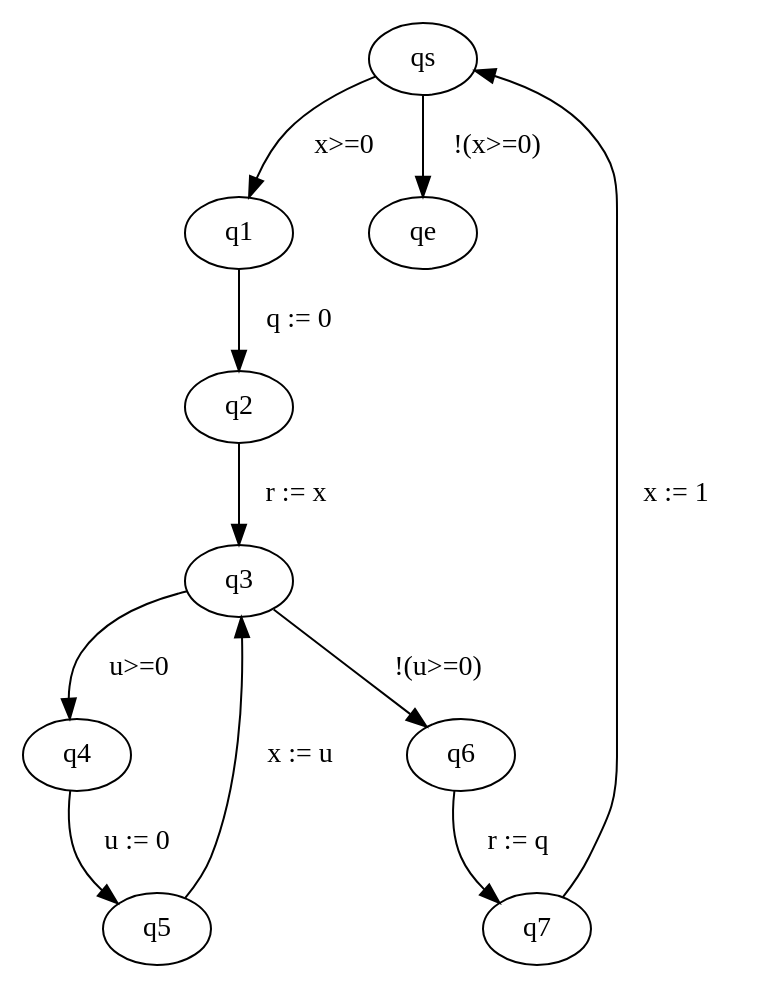
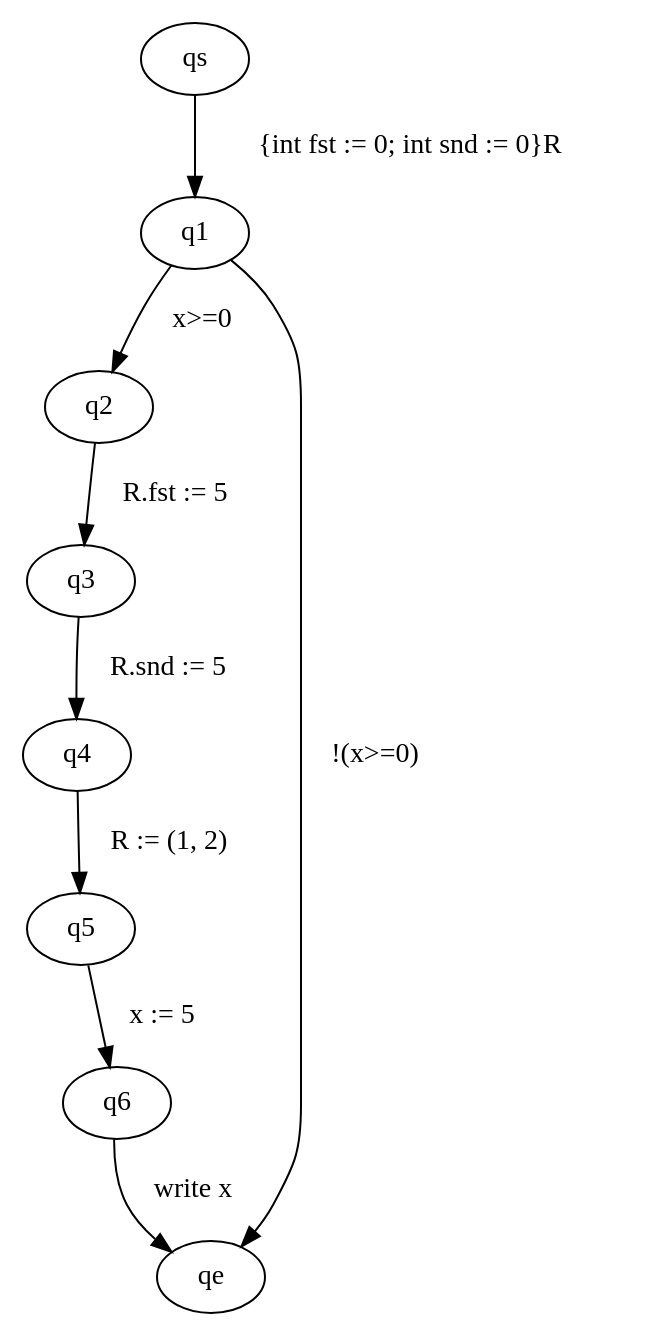
The diagram in src/main/java/graphviz/input.dot (FloKes/ProgramAnalysis), drawn with Graphviz before and after one commit. The commit also changed 9 other files, not shown here.

```diff
--- a/src/main/java/graphviz/input.dot
+++ b/src/main/java/graphviz/input.dot
@@ -1,12 +1,10 @@
 digraph ProgramGraph{
-"qs" -> "q1" [label="  x>=0   "] 
-"qs" -> "qe" [label="  !(x>=0)   "] 
-"q1" -> "q2" [label="  q := 0   "] 
-"q2" -> "q3" [label="  r := x   "] 
-"q3" -> "q4" [label="  u>=0   "] 
-"q3" -> "q6" [label="  !(u>=0)   "] 
-"q4" -> "q5" [label="  u := 0   "] 
-"q5" -> "q3" [label="  x := u   "] 
-"q6" -> "q7" [label="  r := q   "] 
-"q7" -> "qs" [label="  x := 1   "] 
+"qs" -> "q1" [label="  {int fst := 0; int snd := 0}R   "] 
+"q1" -> "q2" [label="  x>=0   "] 
+"q1" -> "qe" [label="  !(x>=0)   "] 
+"q2" -> "q3" [label="  R.fst := 5   "] 
+"q3" -> "q4" [label="  R.snd := 5   "] 
+"q4" -> "q5" [label="  R := (1, 2)   "] 
+"q5" -> "q6" [label="  x := 5   "] 
+"q6" -> "qe" [label="  write x   "] 
 }
```
